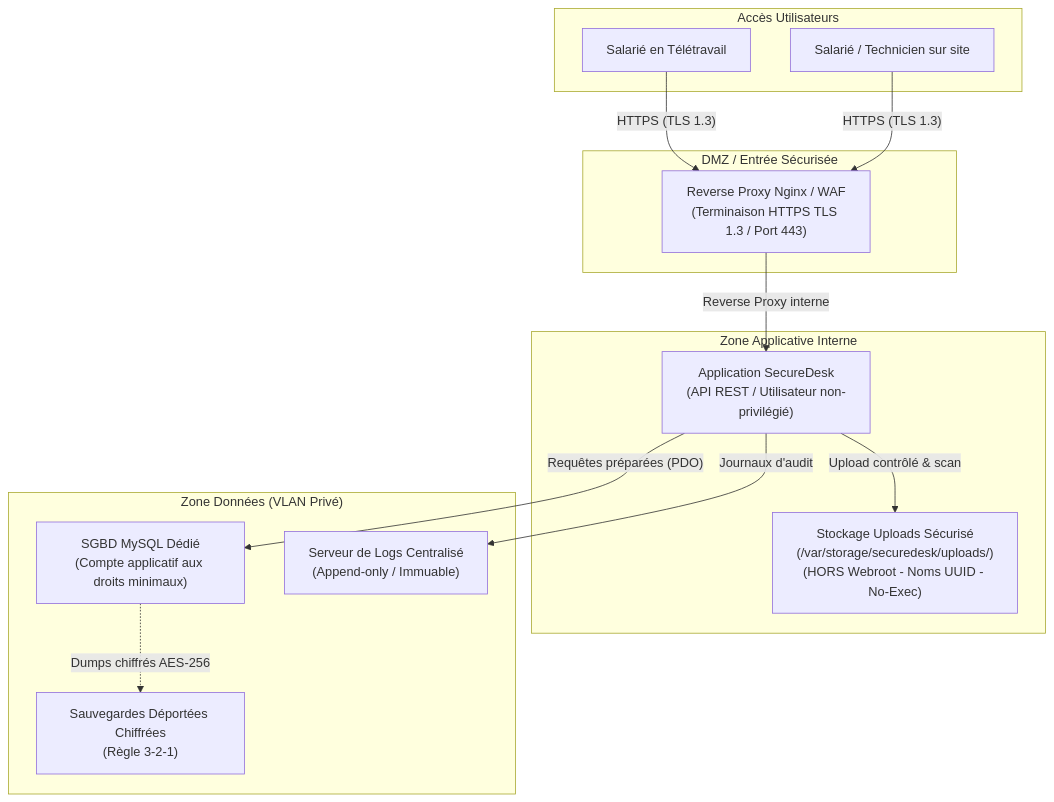
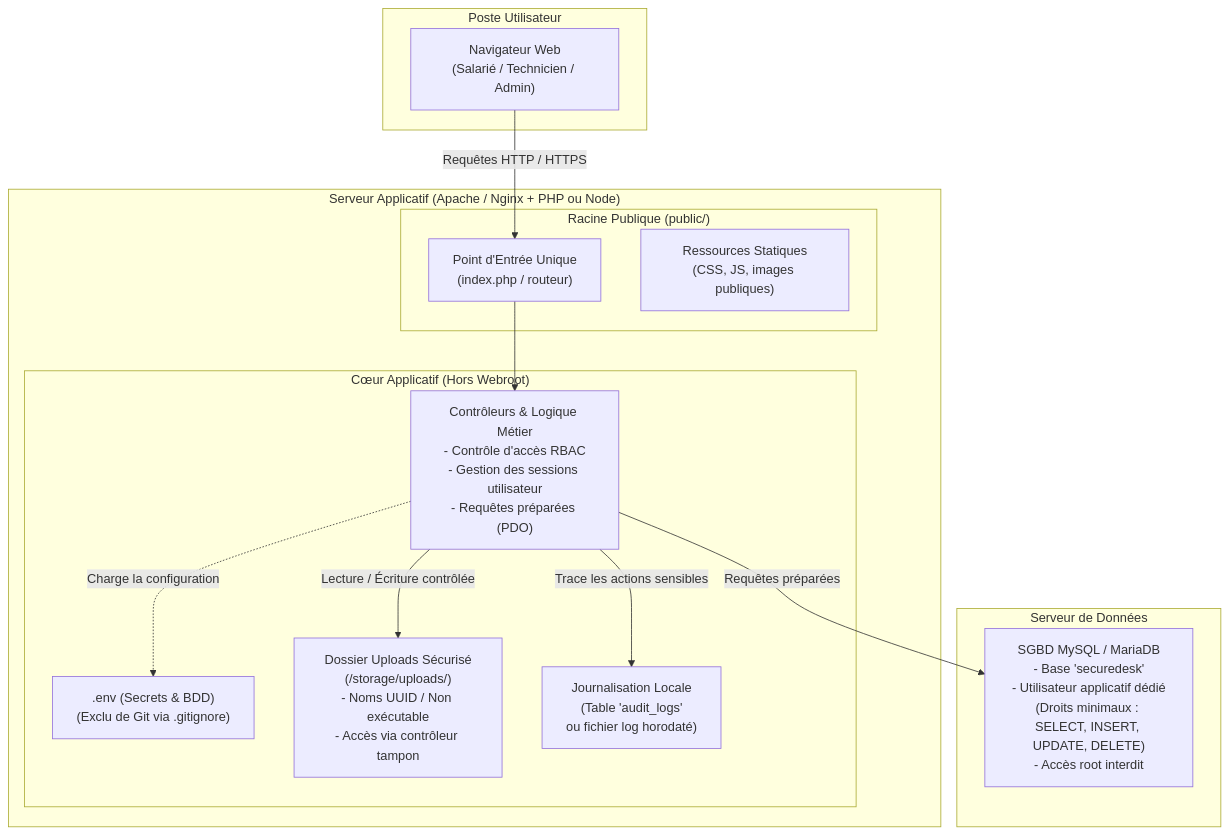
One commit to Squid-Nayth/tickets-management-app changed the second of 2 diagrams in README.md. Above: the diagram before and after it, drawn with Mermaid. The commit also changed other lines of this file, not shown here.

````diff
--- a/README.md
+++ b/README.md
@@ -78,31 +78,31 @@
 ```mermaid
 flowchart TD
-    subgraph CLIENTS["Accès Utilisateurs"]
-        UserRemote["Salarié en Télétravail"]
-        UserLAN["Salarié / Technicien sur site"]
+    subgraph CLIENT["Poste Utilisateur"]
+        Browser["Navigateur Web\n(Salarié / Technicien / Admin)"]
     end
 
-    subgraph DMZ["DMZ / Entrée Sécurisée"]
-        Proxy["Reverse Proxy Nginx / WAF\n(Terminaison HTTPS TLS 1.3 / Port 443)"]
+    subgraph SERVER["Serveur Applicatif (Apache / Nginx + PHP ou Node)"]
+        subgraph WEBROOT["Racine Publique (public/)"]
+            Index["Point d'Entrée Unique\n(index.php / routeur)"]
+            Assets["Ressources Statiques\n(CSS, JS, images publiques)"]
+        end
+
+        subgraph SECURE_APP["Cœur Applicatif (Hors Webroot)"]
+            Backend["Contrôleurs & Logique Métier\n- Contrôle d'accès RBAC\n- Gestion des sessions utilisateur\n- Requêtes préparées (PDO)"]
+            EnvFile[".env (Secrets & BDD)\n(Exclu de Git via .gitignore)"]
+            Storage["Dossier Uploads Sécurisé\n(/storage/uploads/)\n- Noms UUID / Non exécutable\n- Accès via contrôleur tampon"]
+            Audit["Journalisation Locale\n(Table 'audit_logs'\nou fichier log horodaté)"]
+        end
     end
 
-    subgraph APP["Zone Applicative Interne"]
-        Backend["Application SecureDesk\n(API REST / Utilisateur non-privilégié)"]
-        Storage["Stockage Uploads Sécurisé\n(/var/storage/securedesk/uploads/)\n(HORS Webroot - Noms UUID - No-Exec)"]
+    subgraph DATABASE["Serveur de Données"]
+        DB["SGBD MySQL / MariaDB\n- Base 'securedesk'\n- Utilisateur applicatif dédié\n(Droits minimaux : SELECT, INSERT, UPDATE, DELETE)\n- Accès root interdit"]
     end
 
-    subgraph DATA["Zone Données (VLAN Privé)"]
-        DB["SGBD MySQL Dédié\n(Compte applicatif aux droits minimaux)"]
-        Logs["Serveur de Logs Centralisé\n(Append-only / Immuable)"]
-        Backups["Sauvegardes Déportées Chiffrées\n(Règle 3-2-1)"]
-    end
-
-    UserRemote -- "HTTPS (TLS 1.3)" --> Proxy
-    UserLAN -- "HTTPS (TLS 1.3)" --> Proxy
-    Proxy -- "Reverse Proxy interne" --> Backend
-
-    Backend -- "Requêtes préparées (PDO)" --> DB
-    Backend -- "Upload contrôlé & scan" --> Storage
-    Backend -- "Journaux d'audit" --> Logs
-    DB -. "Dumps chiffrés AES-256" .-> Backups
+    Browser -- "Requêtes HTTP / HTTPS" --> Index
+    Index --> Backend
+    Backend -. "Charge la configuration" .-> EnvFile
+    Backend -- "Requêtes préparées" --> DB
+    Backend -- "Lecture / Écriture contrôlée" --> Storage
+    Backend -- "Trace les actions sensibles" --> Audit
 ```
````
